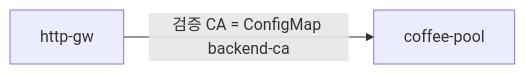
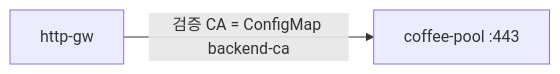
Before and after one commit to mink0119/2609_f5bnk: the diagram in Advanced_Feature/3.8_BackendTLSPolicy_CACertificates/README.md, drawn with Mermaid. The commit also changed other lines of this file and 80 other files, not shown here.

````diff
--- a/Advanced_Feature/3.8_BackendTLSPolicy_CACertificates/README.md
+++ b/Advanced_Feature/3.8_BackendTLSPolicy_CACertificates/README.md
@@ -5,4 +7,4 @@
 ```mermaid
 flowchart LR
-  VIP[http-gw] -->|검증 CA = ConfigMap backend-ca| P1[coffee-pool]
+  VIP[http-gw] -->|검증 CA = ConfigMap backend-ca| P1[coffee-pool :443]
 ```
````
